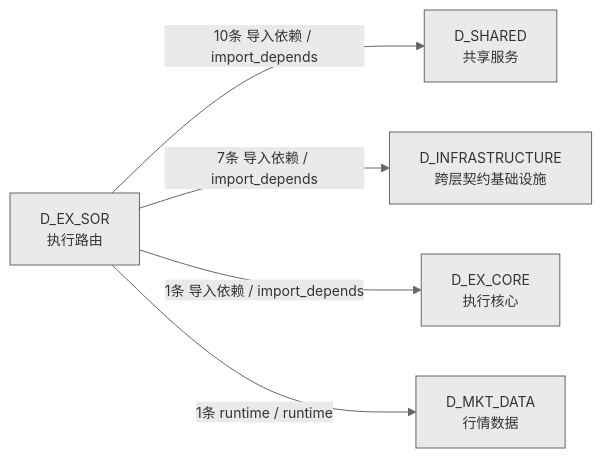
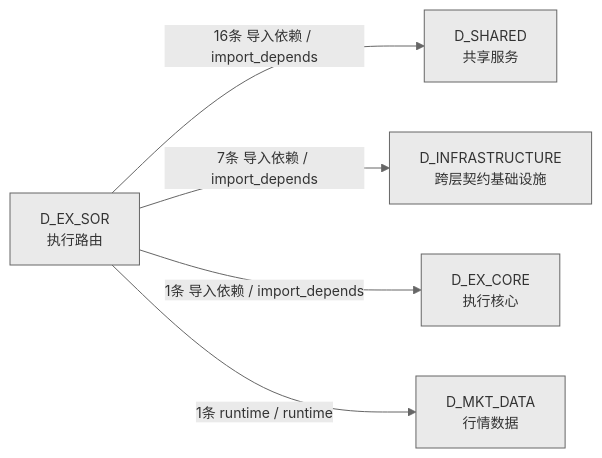
Before and after one commit to xuanFelixVan/ZephyrAlpha: the third of 3 diagrams in docs/02_enterprise_architecture/02_domain_architecture_docs/45_d_ex_sor.md, drawn with Mermaid. The commit also changed other lines of this file and 43 other files, not shown here.

````diff
--- a/docs/02_enterprise_architecture/02_domain_architecture_docs/45_d_ex_sor.md
+++ b/docs/02_enterprise_architecture/02_domain_architecture_docs/45_d_ex_sor.md
@@ -218,13 +240,13 @@
 ```mermaid
 %%{init: {'theme': 'base', 'themeVariables': {'primaryColor': '#eaeaea', 'primaryTextColor': '#333333', 'primaryBorderColor': '#666666', 'lineColor': '#666666', 'secondaryColor': '#eaeaea', 'tertiaryColor': '#eaeaea', 'fontSize': '14px'}}}%%
 graph LR
     D_EX_SOR["D_EX_SOR<br/>执行路由"]
     D_SHARED["D_SHARED<br/>共享服务"]
     D_INFRASTRUCTURE["D_INFRASTRUCTURE<br/>跨层契约基础设施"]
     D_EX_CORE["D_EX_CORE<br/>执行核心"]
     D_MKT_DATA["D_MKT_DATA<br/>行情数据"]
-    D_EX_SOR -->|10条 导入依赖 / import_depends| D_SHARED
+    D_EX_SOR -->|16条 导入依赖 / import_depends| D_SHARED
     D_EX_SOR -->|7条 导入依赖 / import_depends| D_INFRASTRUCTURE
     D_EX_SOR -->|1条 导入依赖 / import_depends| D_EX_CORE
     D_EX_SOR -->|1条 runtime / runtime| D_MKT_DATA
 ```
````
